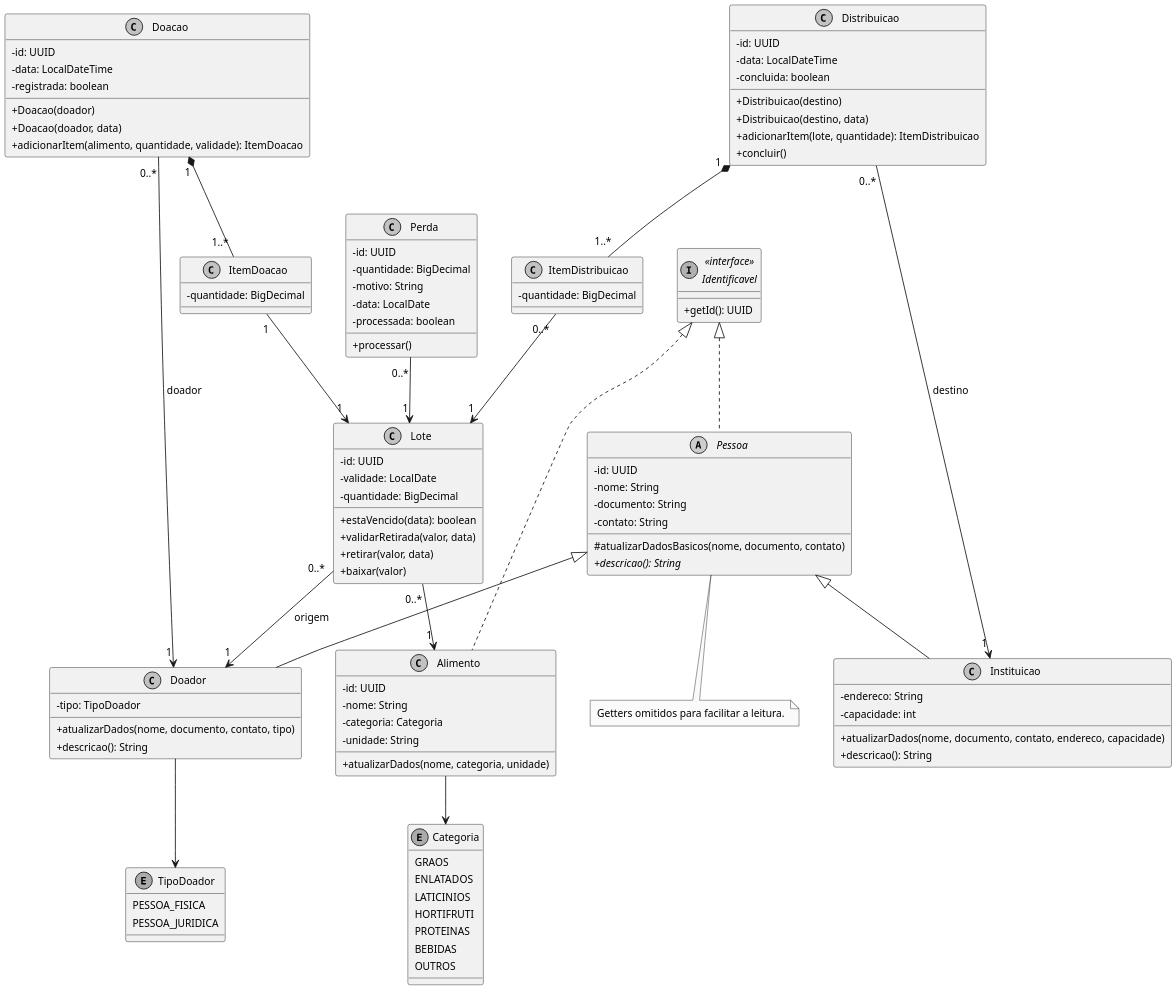
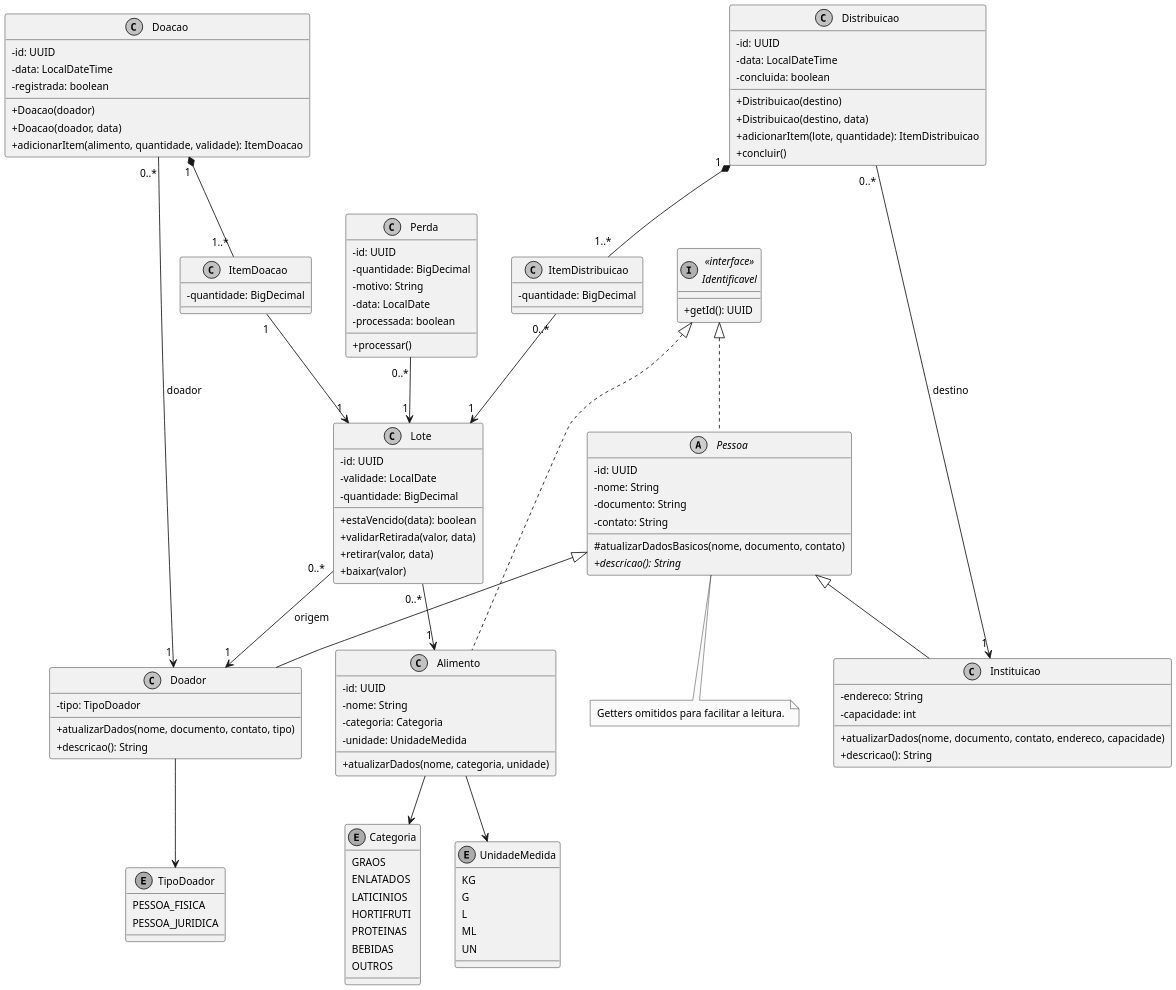
One commit to JoseFlavioXavier/AEP_ENTREGA_02 changed the diagram in docs/diagramas/fonte/1-dominio.puml. Above: the diagram before and after it, drawn with PlantUML. The commit also changed 15 other files, not shown here.

```diff
--- a/docs/diagramas/fonte/1-dominio.puml
+++ b/docs/diagramas/fonte/1-dominio.puml
@@ -1,131 +1,140 @@
 @startuml
 skinparam monochrome true
 skinparam shadowing false
 skinparam classAttributeIconSize 0
 skinparam defaultFontName Arial
 skinparam defaultFontSize 12
 skinparam dpi 170
 skinparam nodesep 40
 skinparam ranksep 55
 skinparam padding 2
 
 interface Identificavel <<interface>> {
   + getId(): UUID
 }
 
 abstract class Pessoa {
   - id: UUID
   - nome: String
   - documento: String
   - contato: String
   # atualizarDadosBasicos(nome, documento, contato)
   + descricao(): String {abstract}
 }
 
 class Doador {
   - tipo: TipoDoador
   + atualizarDados(nome, documento, contato, tipo)
   + descricao(): String
 }
 
 class Instituicao {
   - endereco: String
   - capacidade: int
   + atualizarDados(nome, documento, contato, endereco, capacidade)
   + descricao(): String
 }
 
 class Alimento {
   - id: UUID
   - nome: String
   - categoria: Categoria
-  - unidade: String
+  - unidade: UnidadeMedida
   + atualizarDados(nome, categoria, unidade)
 }
 
 class Lote {
   - id: UUID
   - validade: LocalDate
   - quantidade: BigDecimal
   + estaVencido(data): boolean
   + validarRetirada(valor, data)
   + retirar(valor, data)
   + baixar(valor)
 }
 
 class Doacao {
   - id: UUID
   - data: LocalDateTime
   - registrada: boolean
   + Doacao(doador)
   + Doacao(doador, data)
   + adicionarItem(alimento, quantidade, validade): ItemDoacao
 }
 
 class ItemDoacao {
   - quantidade: BigDecimal
 }
 
 class Distribuicao {
   - id: UUID
   - data: LocalDateTime
   - concluida: boolean
   + Distribuicao(destino)
   + Distribuicao(destino, data)
   + adicionarItem(lote, quantidade): ItemDistribuicao
   + concluir()
 }
 
 class ItemDistribuicao {
   - quantidade: BigDecimal
 }
 
 class Perda {
   - id: UUID
   - quantidade: BigDecimal
   - motivo: String
   - data: LocalDate
   - processada: boolean
   + processar()
 }
 
 enum TipoDoador {
   PESSOA_FISICA
   PESSOA_JURIDICA
 }
 
+enum UnidadeMedida {
+  KG
+  G
+  L
+  ML
+  UN
+}
+
 enum Categoria {
   GRAOS
   ENLATADOS
   LATICINIOS
   HORTIFRUTI
   PROTEINAS
   BEBIDAS
   OUTROS
 }
 
 Identificavel <|.. Pessoa
 Identificavel <|.. Alimento
 Pessoa <|-- Doador
 Pessoa <|-- Instituicao
 
 Doador --> TipoDoador
 Alimento --> Categoria
+Alimento --> UnidadeMedida
 
 Doacao "1" *-- "1..*" ItemDoacao
 Distribuicao "1" *-- "1..*" ItemDistribuicao
 
 Doacao "0..*" --> "1" Doador : doador
 Distribuicao "0..*" --> "1" Instituicao : destino
 
 ItemDoacao "1" --> "1" Lote
 ItemDistribuicao "0..*" --> "1" Lote
 Perda "0..*" --> "1" Lote
 
 Lote "0..*" --> "1" Alimento
 Lote "0..*" --> "1" Doador : origem
 
 note bottom of Pessoa
   Getters omitidos para facilitar a leitura.
 end note
 @enduml
```
